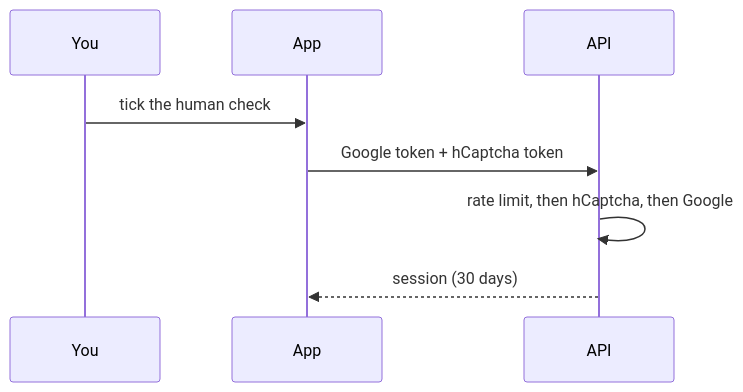
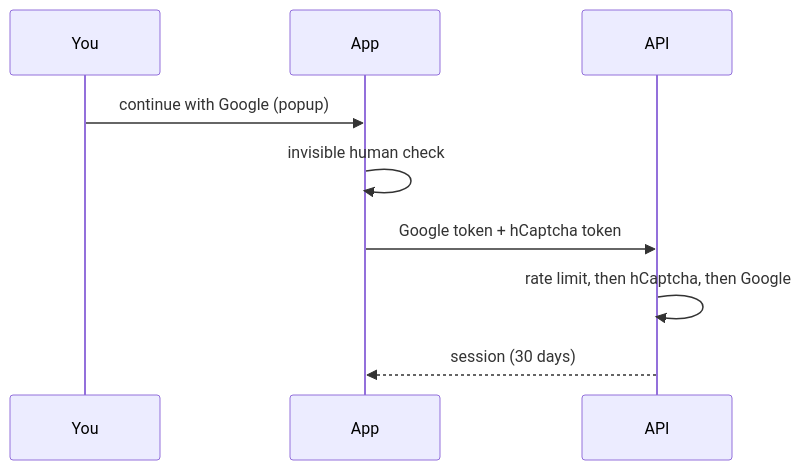
The third of 3 diagrams in README.md (juanpatriciodoyle/portfolio-tracker), drawn with Mermaid before and after one commit. The commit also changed other lines of this file and 21 other files, not shown here.

````diff
--- a/README.md
+++ b/README.md
@@ -57,10 +57,11 @@
 ```mermaid
 sequenceDiagram
   participant You
   participant App
   participant API
-  You->>App: tick the human check
+  You->>App: continue with Google (popup)
+  App->>App: invisible human check
   App->>API: Google token + hCaptcha token
   API->>API: rate limit, then hCaptcha, then Google
   API-->>App: session (30 days)
 ```
````
